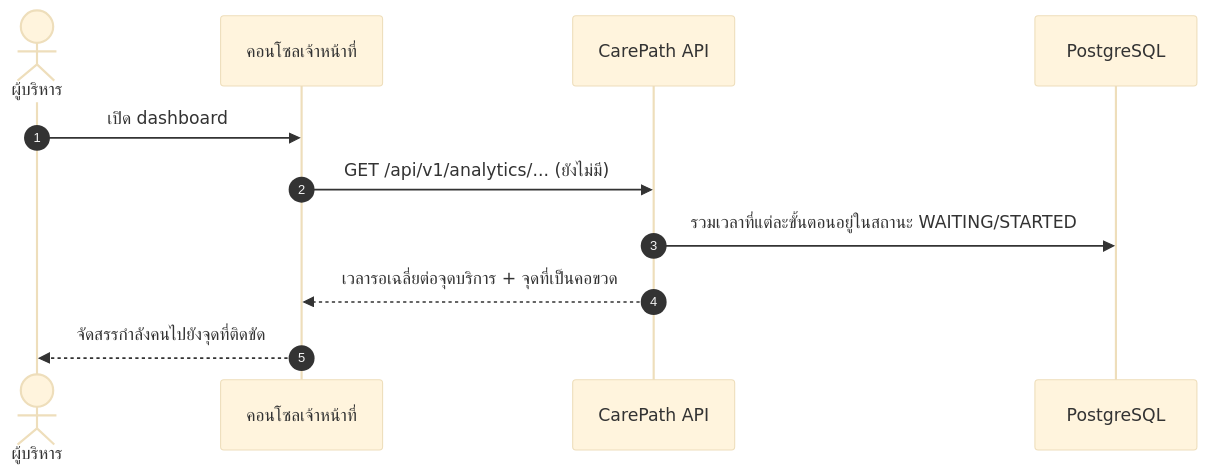
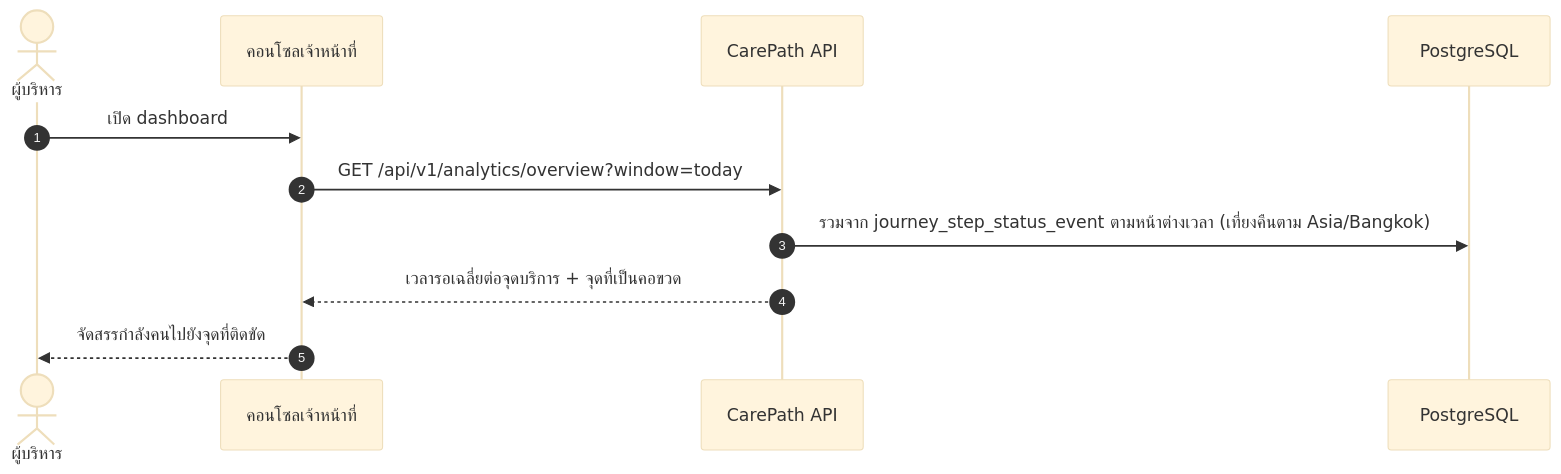
Before and after one commit to somprasongd/carepath: the seventh of 9 diagrams in README.md, drawn with Mermaid (base theme). The commit also changed other lines of this file and 21 other files, not shown here.

````diff
--- a/README.md
+++ b/README.md
@@ -350,14 +350,14 @@
 ```mermaid
 sequenceDiagram
     autonumber
     actor E as ผู้บริหาร
     participant W as คอนโซลเจ้าหน้าที่
     participant A as CarePath API
     participant DB as PostgreSQL
 
     E->>W: เปิด dashboard
-    W->>A: GET /api/v1/analytics/... (ยังไม่มี)
-    A->>DB: รวมเวลาที่แต่ละขั้นตอนอยู่ในสถานะ WAITING/STARTED
+    W->>A: GET /api/v1/analytics/overview?window=today
+    A->>DB: รวมจาก journey_step_status_event ตามหน้าต่างเวลา (เที่ยงคืนตาม Asia/Bangkok)
     A-->>W: เวลารอเฉลี่ยต่อจุดบริการ + จุดที่เป็นคอขวด
     W-->>E: จัดสรรกำลังคนไปยังจุดที่ติดขัด
 ```
````
